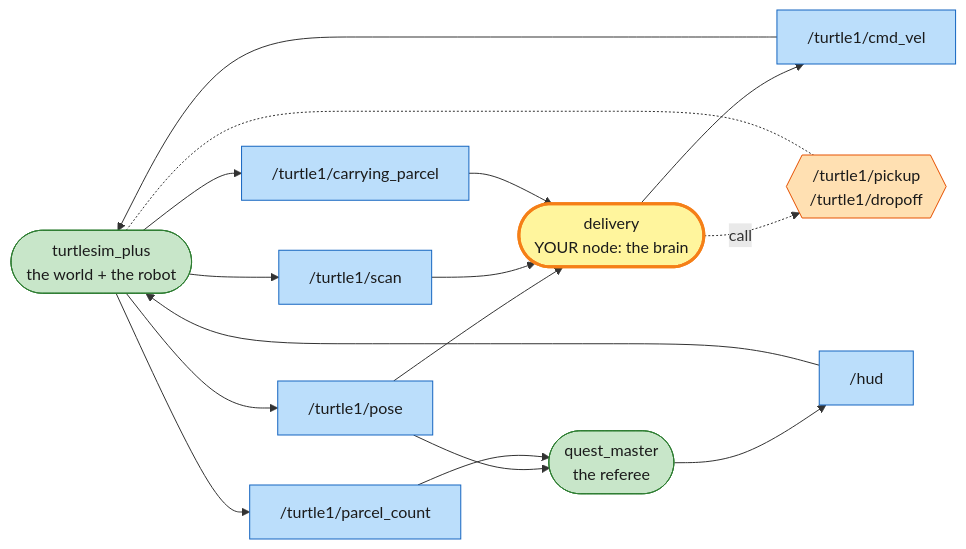
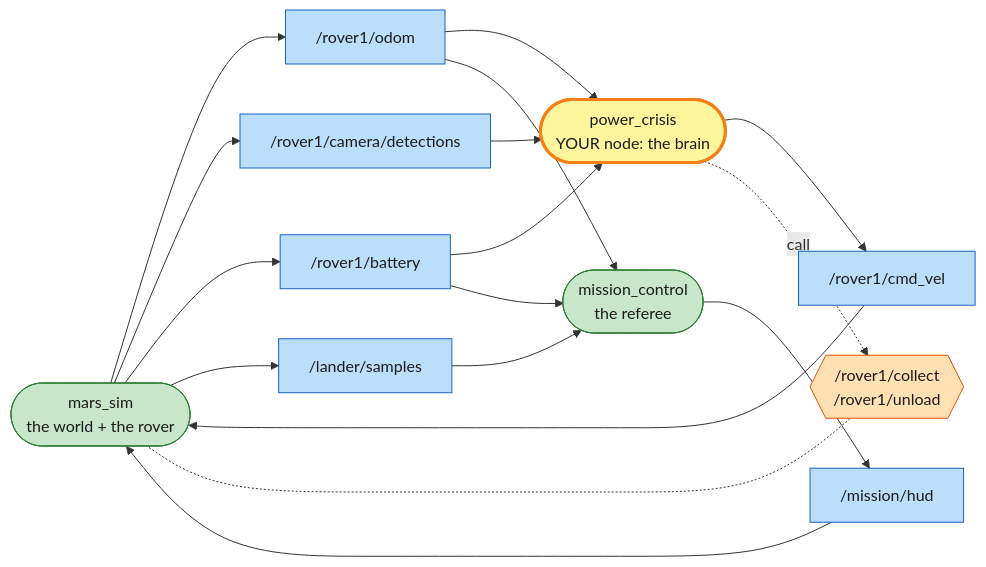
Before and after one commit to kittinook/ros2_tutorial: the first of 14 diagrams in ARCHITECTURE.md, drawn with Mermaid. The commit also changed other lines of this file and 183 other files, not shown here.

First line of the commit message:
Replace Turtle Quest with Mars Rover Academy

````diff
--- a/ARCHITECTURE.md
+++ b/ARCHITECTURE.md
@@ -18,20 +20,20 @@
 ```mermaid
 flowchart LR
     classDef ros fill:#c8e6c9,stroke:#2e7d32,color:#1b1b1b
     classDef mine fill:#fff59d,stroke:#f57f17,stroke-width:3px,color:#1b1b1b
     classDef topic fill:#bbdefb,stroke:#1565c0,color:#1b1b1b
     classDef srv fill:#ffe0b2,stroke:#e65100,color:#1b1b1b
     classDef param fill:#eeeeee,stroke:#616161,color:#1b1b1b
-    SIM(["turtlesim_plus<br/>the world + the robot"]):::ros
-    ME(["delivery<br/>YOUR node: the brain"]):::mine
-    QM(["quest_master<br/>the referee"]):::ros
-    SIM --> POSE["/turtle1/pose"]:::topic
-    SIM --> SCAN["/turtle1/scan"]:::topic
-    SIM --> CARRY["/turtle1/carrying_parcel"]:::topic
-    POSE & SCAN & CARRY --> ME
-    ME --> CMD["/turtle1/cmd_vel"]:::topic --> SIM
-    ME -. call .-> PICK{{"/turtle1/pickup<br/>/turtle1/dropoff"}}:::srv -.- SIM
-    POSE --> QM
-    SIM --> COUNT["/turtle1/parcel_count"]:::topic --> QM
-    QM --> HUD["/hud"]:::topic --> SIM
+    SIM(["mars_sim<br/>the world + the rover"]):::ros
+    ME(["power_crisis<br/>YOUR node: the brain"]):::mine
+    MC(["mission_control<br/>the referee"]):::ros
+    SIM --> ODOM["/rover1/odom"]:::topic
+    SIM --> CAM["/rover1/camera/detections"]:::topic
+    SIM --> BAT["/rover1/battery"]:::topic
+    ODOM & CAM & BAT --> ME
+    ME --> CMD["/rover1/cmd_vel"]:::topic --> SIM
+    ME -. call .-> SRV{{"/rover1/collect<br/>/rover1/unload"}}:::srv -.- SIM
+    ODOM & BAT --> MC
+    SIM --> LANDER["/lander/samples"]:::topic --> MC
+    MC --> HUD["/mission/hud"]:::topic --> SIM
 ```
````
